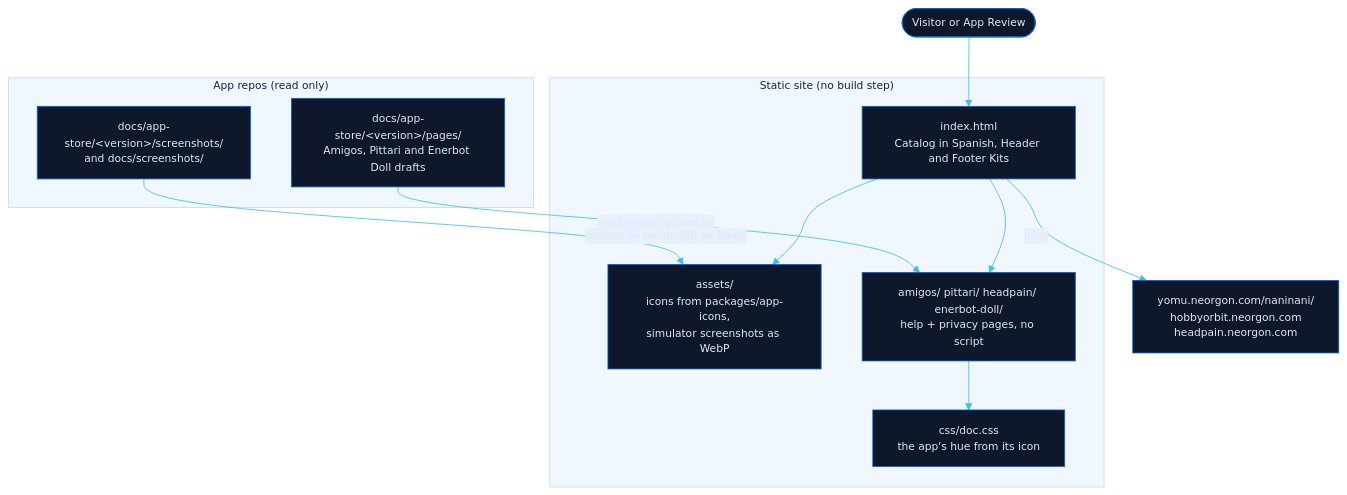
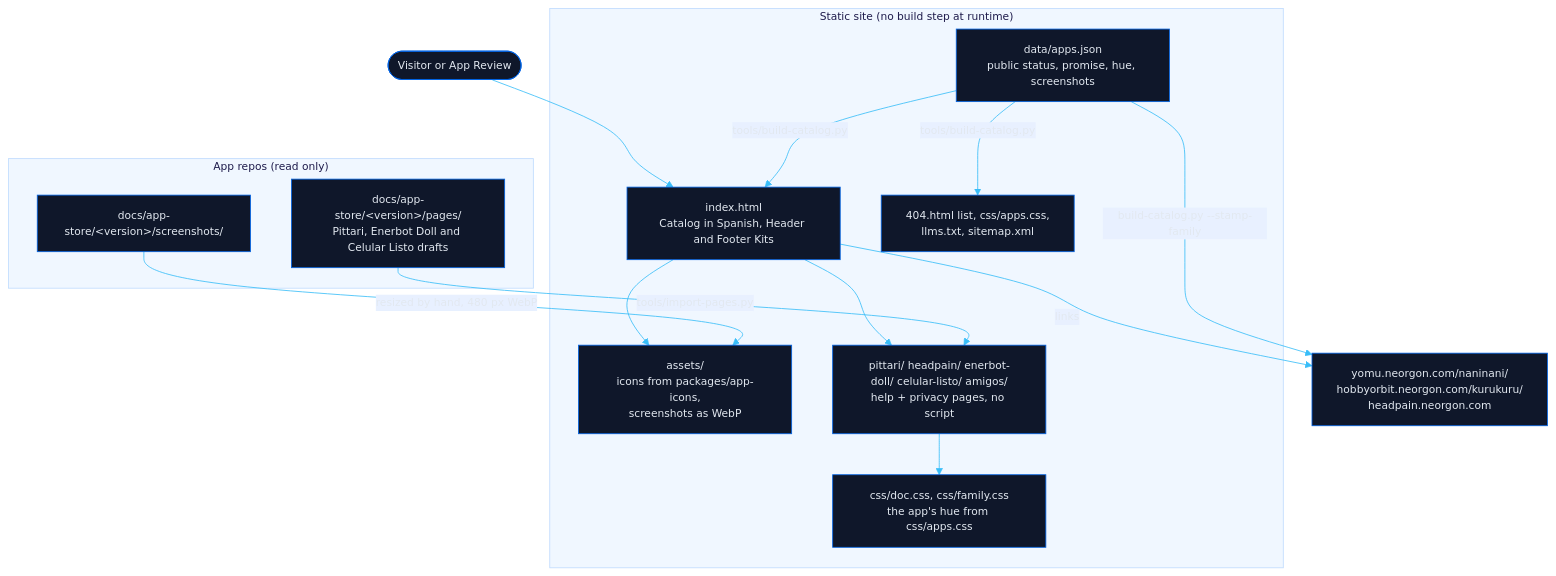
Before and after one commit to energon-a-secas/apps-site: the diagram in docs/architecture.mmd, drawn with Mermaid. The commit also changed 3 other files, not shown here.

Commit message:
docs(apps-site): Keep the catalog true by editing data/apps.json; release state stays in the app repos

```diff
--- a/docs/architecture.mmd
+++ b/docs/architecture.mmd
@@ -1,36 +1,39 @@
 ---
 config:
   theme: base
   themeVariables:
     primaryColor: "#0f172a"
     primaryTextColor: "#e2e8f0"
     primaryBorderColor: "#0063e5"
     lineColor: "#38bdf8"
     secondaryColor: "#1e293b"
     tertiaryColor: "#1e293b"
     clusterBkg: "#f0f7ff"
     clusterBorder: "#bfdbfe"
     edgeLabelBackground: "#e8f0ff"
     mainBkg: "#0f172a"
     nodeBorder: "#0063e5"
     titleColor: "#1e1b4b"
     fontFamily: "ui-sans-serif, system-ui, -apple-system, sans-serif"
     fontSize: "13px"
 ---
 flowchart TB
     User([Visitor or App Review]) --> HTML["index.html\nCatalog in Spanish, Header and Footer Kits"]
 
-    subgraph App["Static site (no build step)"]
-        HTML --> Assets["assets/\nicons from packages/app-icons,\nsimulator screenshots as WebP"]
-        HTML --> Docs["amigos/ pittari/ headpain/ enerbot-doll/\nhelp + privacy pages, no script"]
-        Docs --> DocCSS["css/doc.css\nthe app's hue from its icon"]
+    subgraph App["Static site (no build step at runtime)"]
+        Data["data/apps.json\npublic status, promise, hue, screenshots"] -->|"tools/build-catalog.py"| HTML
+        Data -->|"tools/build-catalog.py"| Gen["404.html list, css/apps.css,\nllms.txt, sitemap.xml"]
+        HTML --> Assets["assets/\nicons from packages/app-icons,\nscreenshots as WebP"]
+        HTML --> Docs["pittari/ headpain/ enerbot-doll/ celular-listo/ amigos/\nhelp + privacy pages, no script"]
+        Docs --> DocCSS["css/doc.css, css/family.css\nthe app's hue from css/apps.css"]
     end
 
     subgraph Repos["App repos (read only)"]
-        Drafts["docs/app-store/&lt;version&gt;/pages/\nAmigos, Pittari and Enerbot Doll drafts"]
-        Shots["docs/app-store/&lt;version&gt;/screenshots/\nand docs/screenshots/"]
+        Drafts["docs/app-store/&lt;version&gt;/pages/\nPittari, Enerbot Doll and Celular Listo drafts"]
+        Shots["docs/app-store/&lt;version&gt;/screenshots/"]
     end
 
     Drafts -->|"tools/import-pages.py"| Docs
     Shots -->|"resized by hand, 480 px WebP"| Assets
-    HTML -->|"links"| Sites["yomu.neorgon.com/naninani/\nhobbyorbit.neorgon.com\nheadpain.neorgon.com"]
+    HTML -->|"links"| Sites["yomu.neorgon.com/naninani/\nhobbyorbit.neorgon.com/kurukuru/\nheadpain.neorgon.com"]
+    Data -->|"build-catalog.py --stamp-family"| Sites
```
